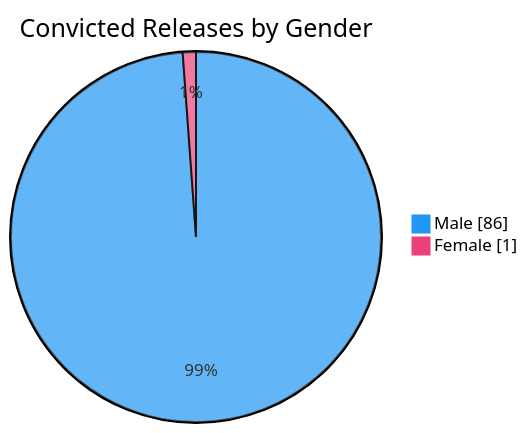
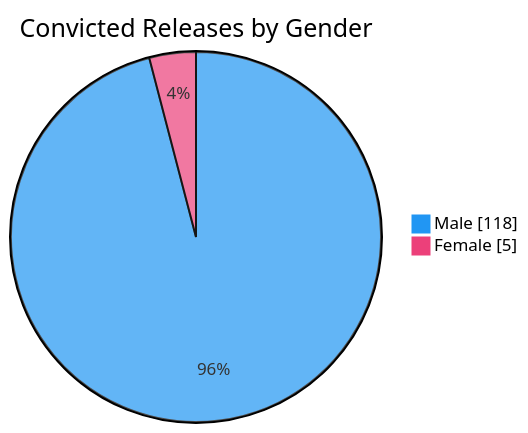
One commit to nuuuwan/lk_prisons changed the sixth of 7 diagrams in README.md. Above: the diagram before and after it, drawn with Mermaid. The commit also changed other lines of this file and 1 other file, not shown here.

````diff
--- a/README.md
+++ b/README.md
@@ -98,6 +98,6 @@
 ```mermaid
 %%{init: {'themeVariables': {'pie1': '#2196F3', 'pie2': '#EC407A'}}}%%
 pie showData title Convicted Releases by Gender
-    "Male" : 86
-    "Female" : 1
+    "Male" : 118
+    "Female" : 5
 ```
````
